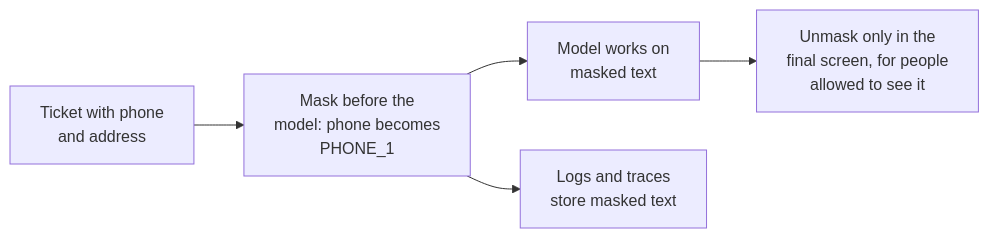
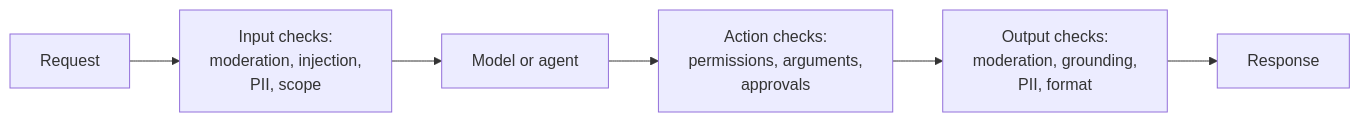
One commit to shubamchaudhary/CodeNITW changed the fourth of 5 diagrams in src/Data/aiStackDocs/CH-11.md. Above: the diagram before and after it, drawn with Mermaid. The commit also changed other lines of this file and 52 other files, not shown here.

````diff
--- a/src/Data/aiStackDocs/CH-11.md
+++ b/src/Data/aiStackDocs/CH-11.md
@@ -75,7 +112,8 @@
 ```mermaid
 flowchart LR
-    IN["Ticket with phone<br/>and address"] --> MK["Mask before the<br/>model: phone becomes<br/>PHONE_1"]
-    MK --> LLM["Model works on<br/>masked text"]
-    LLM --> UN["Unmask only in the<br/>final screen, for people<br/>allowed to see it"]
-    MK --> LOG["Logs and traces<br/>store masked text"]
+    U["Request"] --> IG["Input checks:<br/>moderation, injection,<br/>PII, scope"]
+    IG --> M["Model or agent"]
+    M --> AG["Action checks:<br/>permissions, arguments,<br/>approvals"]
+    AG --> OG["Output checks:<br/>moderation, grounding,<br/>PII, format"]
+    OG --> R["Response"]
 ```
````
